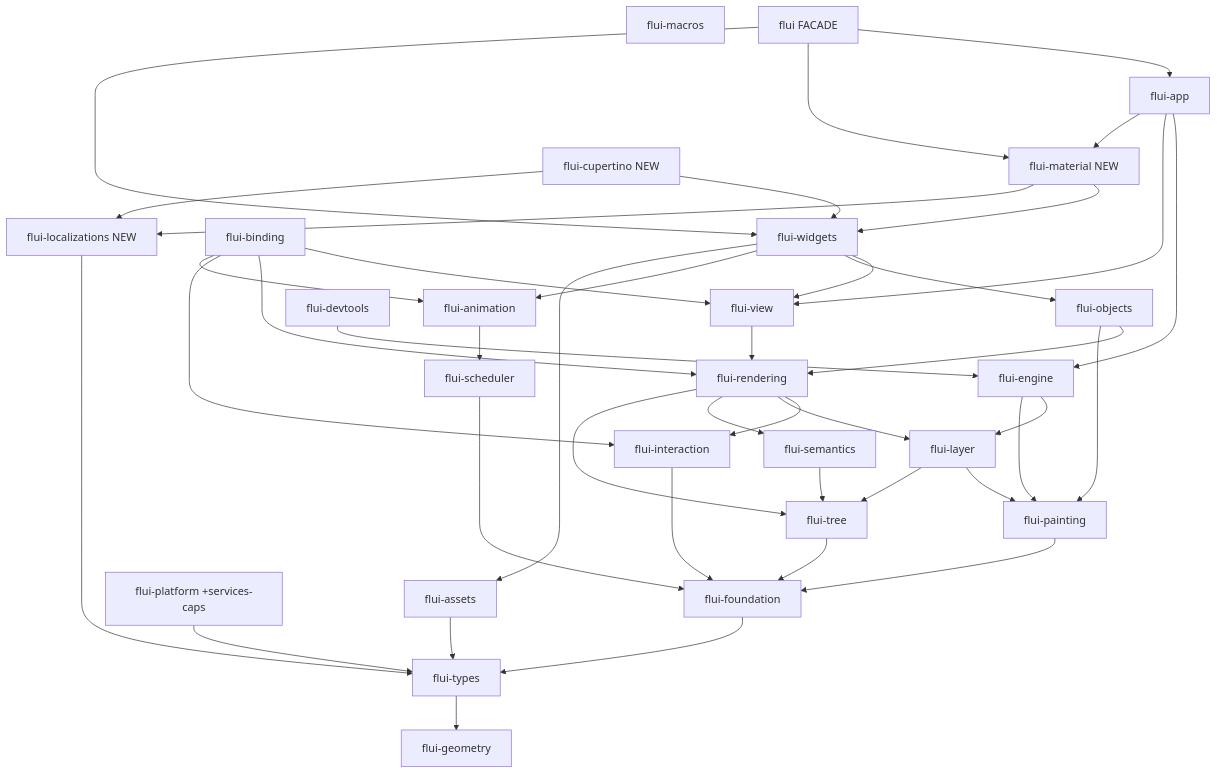
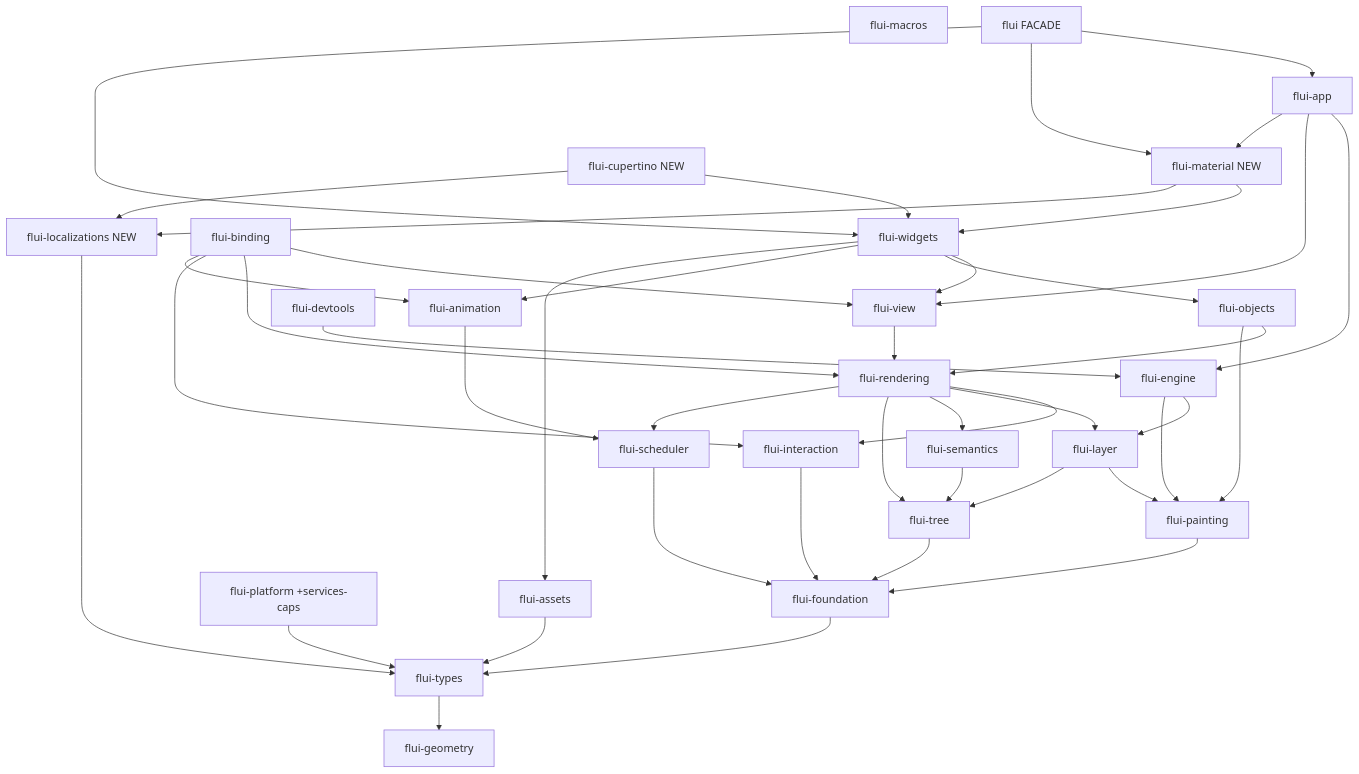
Before and after one commit to vanyastaff/flui: the diagram in docs/FOUNDATIONS.md, drawn with Mermaid. The commit also changed other lines of this file and 1 other file, not shown here.

First line of the commit message:
docs: scroll composition delivered; rendering→scheduler edge recorded

````diff
--- a/docs/FOUNDATIONS.md
+++ b/docs/FOUNDATIONS.md
@@ -159,70 +159,71 @@
 ```mermaid
 graph TD
     geometry[flui-geometry]
     types[flui-types]
     foundation[flui-foundation]
     macros[flui-macros]
     tree[flui-tree]
     platform[flui-platform +services-caps]
     scheduler[flui-scheduler]
     painting[flui-painting]
     interaction[flui-interaction]
     assets[flui-assets]
     semantics[flui-semantics]
     layer[flui-layer]
     animation[flui-animation]
     engine[flui-engine]
     rendering[flui-rendering]
     objects[flui-objects]
     view[flui-view]
     devtools[flui-devtools]
     widgets[flui-widgets]
     binding[flui-binding]
     l10n[flui-localizations NEW]
     material[flui-material NEW]
     cupertino[flui-cupertino NEW]
     app[flui-app]
     facade[flui FACADE]
 
     types --> geometry
     foundation --> types
     tree --> foundation
     platform --> types
     scheduler --> foundation
     painting --> foundation
     interaction --> foundation
     assets --> types
     semantics --> tree
     layer --> painting
     layer --> tree
     animation --> scheduler
     engine --> layer
     engine --> painting
     rendering --> interaction
     rendering --> layer
     rendering --> semantics
     rendering --> tree
+    rendering --> scheduler
     objects --> rendering
     objects --> painting
     view --> rendering
     devtools --> engine
     widgets --> view
     widgets --> objects
     widgets --> animation
     widgets --> assets
     binding --> view
     binding --> rendering
     binding --> interaction
     binding --> animation
     l10n --> types
     material --> widgets
     material --> l10n
     cupertino --> widgets
     cupertino --> l10n
     app --> engine
     app --> view
     app --> material
     facade --> app
     facade --> material
     facade --> widgets
 ```
````
